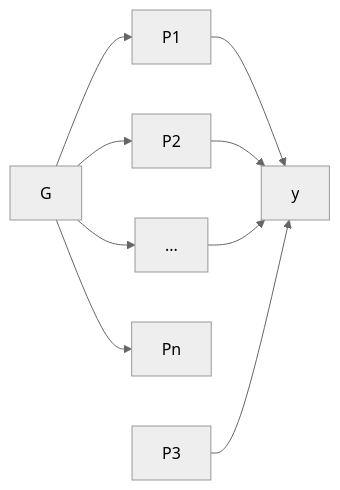
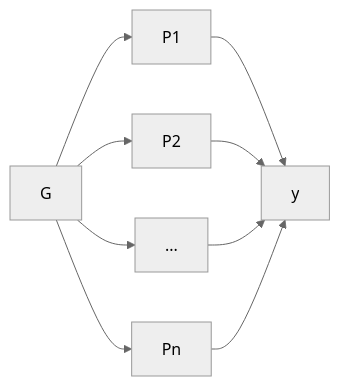
The second of 3 diagrams in docs/README.md (jinghuazhao/INF), drawn with Mermaid (neutral theme) before and after one commit.

````diff
--- a/docs/README.md
+++ b/docs/README.md
@@ -28,11 +28,11 @@
 ```mermaid
 graph LR;
 G --> P1
 G --> P2
 G --> ...
 G --> Pn
 P1 --> y
 P2 --> y
 ... --> y
-P3 --> y
+Pn --> y
 ```
````
